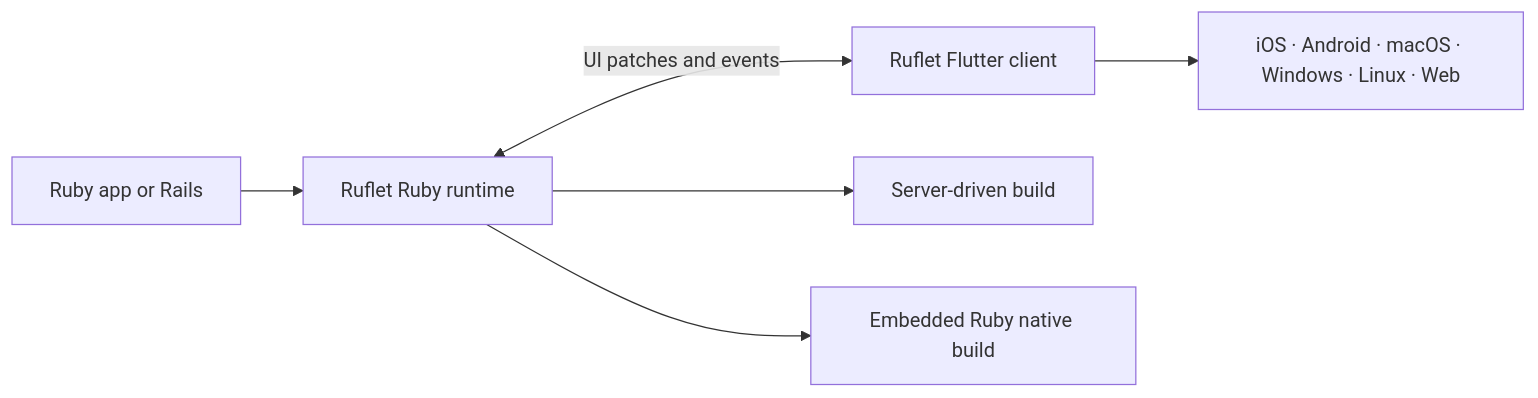
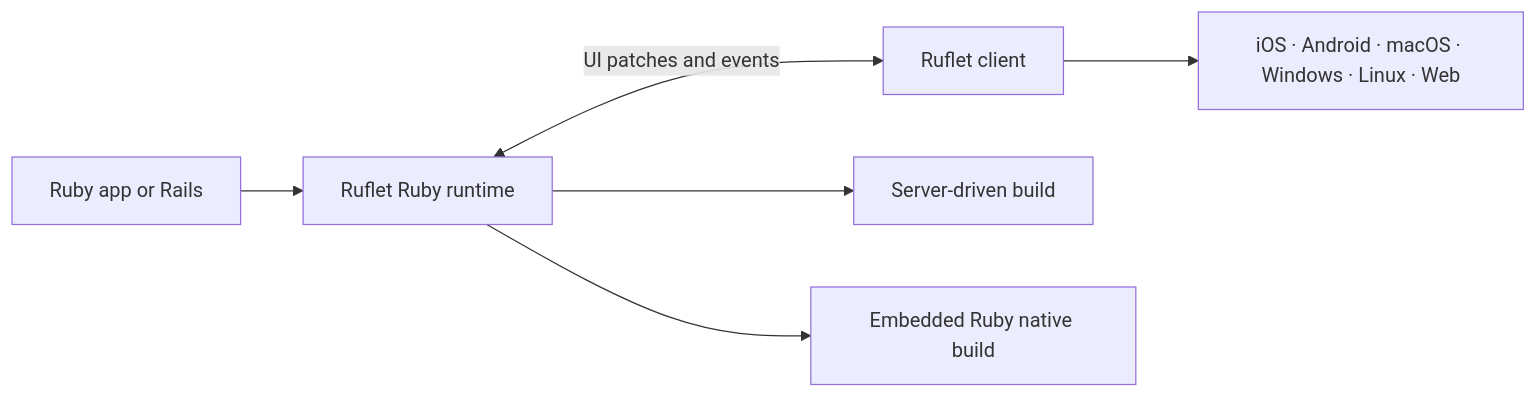
The diagram in README.md (AdamMusa/ruflet), drawn with Mermaid before and after one commit. The commit also changed other lines of this file, not shown here.

First line of the commit message:
Call it the Ruflet client in the README

````diff
--- a/README.md
+++ b/README.md
@@ -387,8 +387,8 @@
 ```mermaid
 flowchart LR
   A["Ruby app or Rails"] --> B["Ruflet Ruby runtime"]
-  B <-->|"UI patches and events"| C["Ruflet Flutter client"]
+  B <-->|"UI patches and events"| C["Ruflet client"]
   C --> D["iOS · Android · macOS · Windows · Linux · Web"]
   B --> E["Server-driven build"]
   B --> F["Embedded Ruby native build"]
 ```
````
